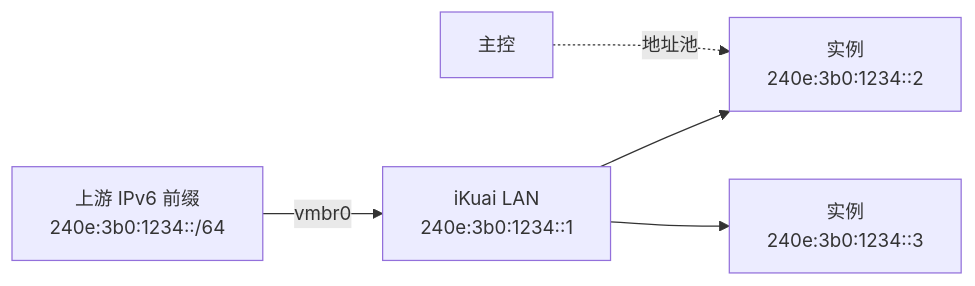
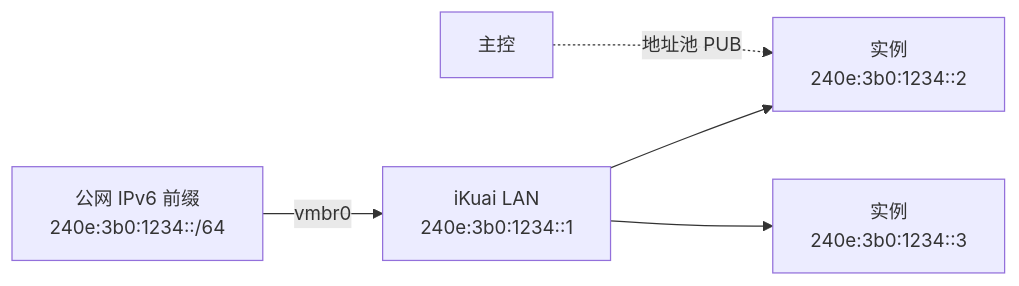
One commit to OpenIDCSTeam/Documents changed the first of 2 diagrams in docs/2-deploy/3-network/2-ipv6.md. Above: the diagram before and after it, drawn with Mermaid. The commit also changed other lines of this file and 1 other file, not shown here.

Commit message:
docs(deploy): IPv6 运行原理区分公网与内网两种模式

````diff
--- a/docs/2-deploy/3-network/2-ipv6.md
+++ b/docs/2-deploy/3-network/2-ipv6.md
@@ -9,8 +9,8 @@
 ```mermaid
 %%{init: {'themeVariables': {'fontSize': '15px'}}}%%
 flowchart LR
-    W["上游 IPv6 前缀<br/>240e:3b0:1234::/64"] -->|"vmbr0"| K["iKuai LAN<br/>240e:3b0:1234::1"]
+    W["公网 IPv6 前缀<br/>240e:3b0:1234::/64"] -->|"vmbr0"| K["iKuai LAN<br/>240e:3b0:1234::1"]
     K --> V1["实例<br/>240e:3b0:1234::2"]
     K --> V2["实例<br/>240e:3b0:1234::3"]
-    C["主控"] -.->|"地址池"| V1
+    C["主控"] -.->|"地址池 PUB"| V1
 ```
````
